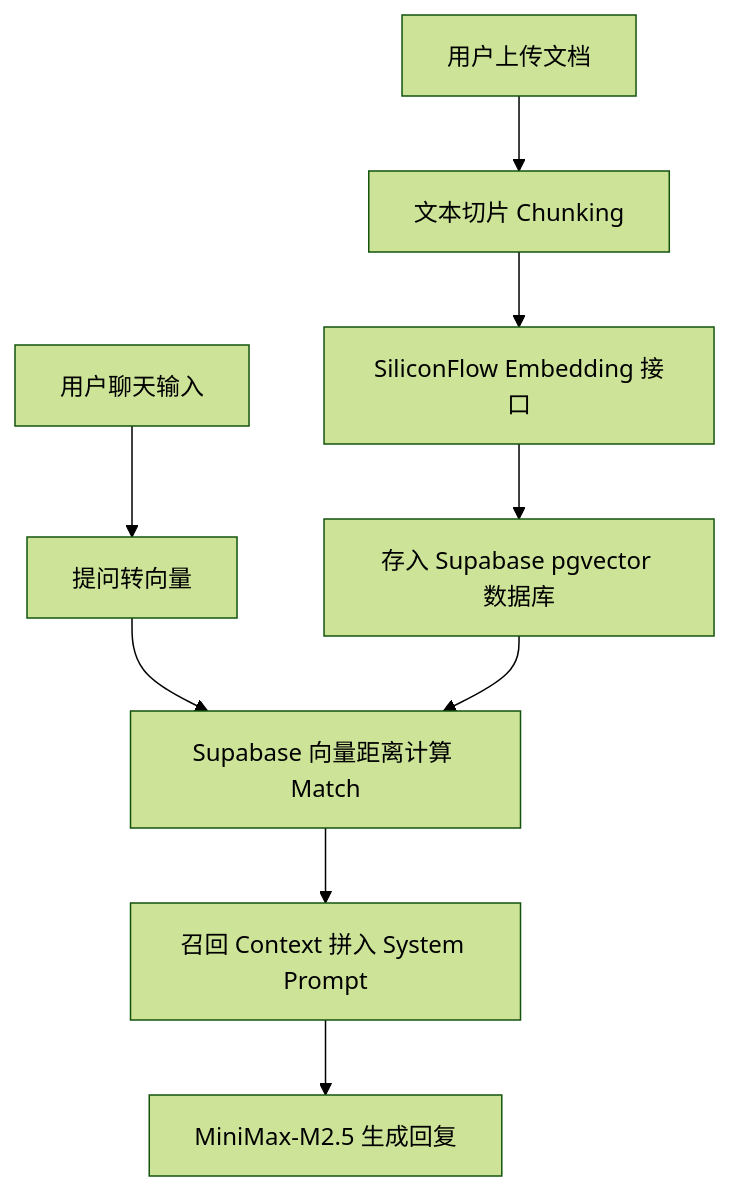
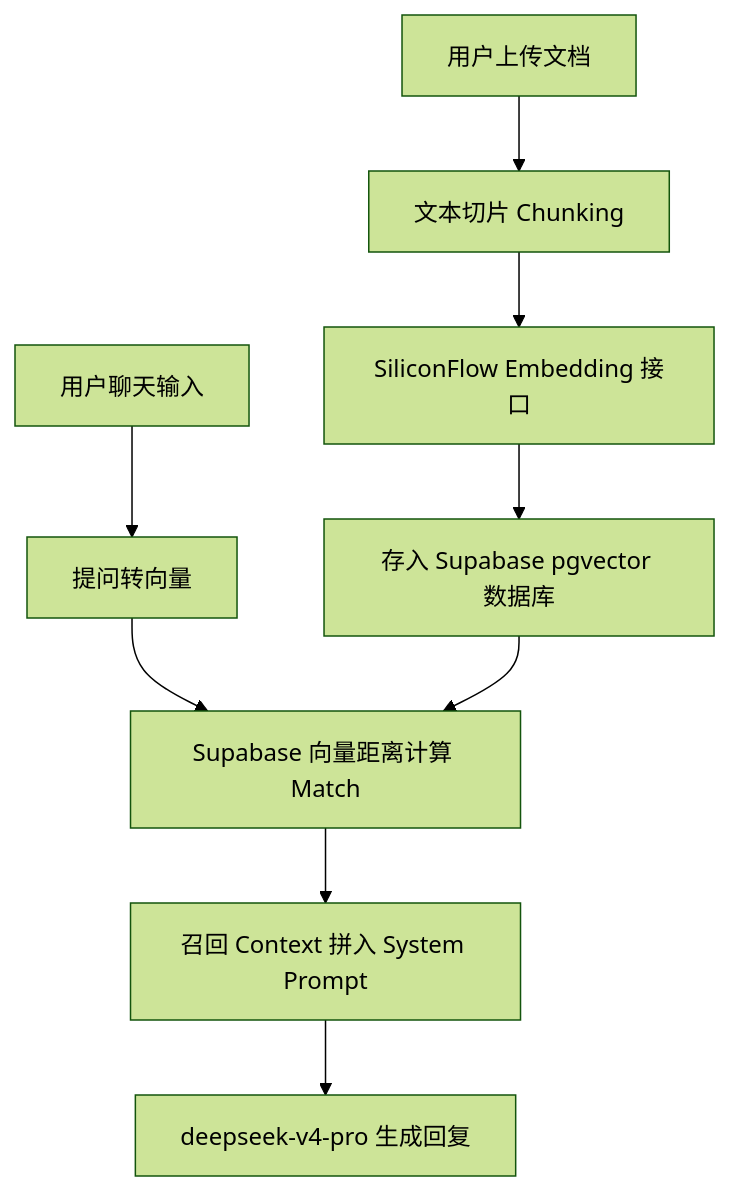
The diagram in doc/fx/pa.md (wyxpro/Opclaw), drawn with Mermaid (forest theme) before and after one commit. The commit also changed other lines of this file and 12 other files, not shown here.

````diff
--- a/doc/fx/pa.md
+++ b/doc/fx/pa.md
@@ -29,11 +29,11 @@
 ```mermaid
 graph TD
     A[用户上传文档] --> B[文本切片 Chunking]
     B --> C[SiliconFlow Embedding 接口]
     C --> D[存入 Supabase pgvector 数据库]
     E[用户聊天输入] --> F[提问转向量]
     F --> G[Supabase 向量距离计算 Match]
     D --> G
     G --> H[召回 Context 拼入 System Prompt]
-    H --> I[MiniMax-M2.5 生成回复]
+    H --> I[deepseek-v4-pro 生成回复]
 ```
````
